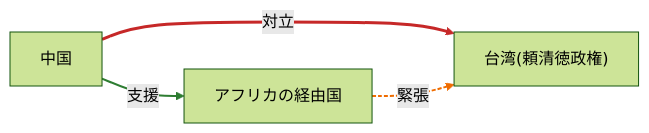
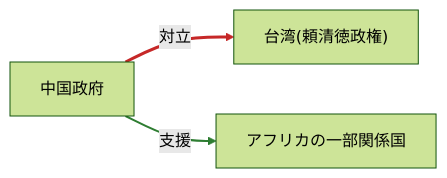
Diagram 19 of 20 in docs/reports/2026-04-23.md (YUUUyutaro/tiseigaku), drawn with Mermaid (forest theme) before and after one commit. The commit also changed other lines of this file and 3 other files, not shown here.

````diff
--- a/docs/reports/2026-04-23.md
+++ b/docs/reports/2026-04-23.md
@@ -173,12 +384,10 @@
 ```mermaid
 graph LR
-  N0["中国"]
+  N0["中国政府"]
   N1["台湾(頼清徳政権)"]
-  N2["アフリカの経由国"]
+  N2["アフリカの一部関係国"]
   N0 -->|対立| N1
   N0 -->|支援| N2
-  N2 -->|緊張| N1
   linkStyle 0 stroke:#c62828,stroke-width:3px;
   linkStyle 1 stroke:#2e7d32,stroke-width:2px;
-  linkStyle 2 stroke:#ef6c00,stroke-width:2px,stroke-dasharray:4 2;
 ```
````
